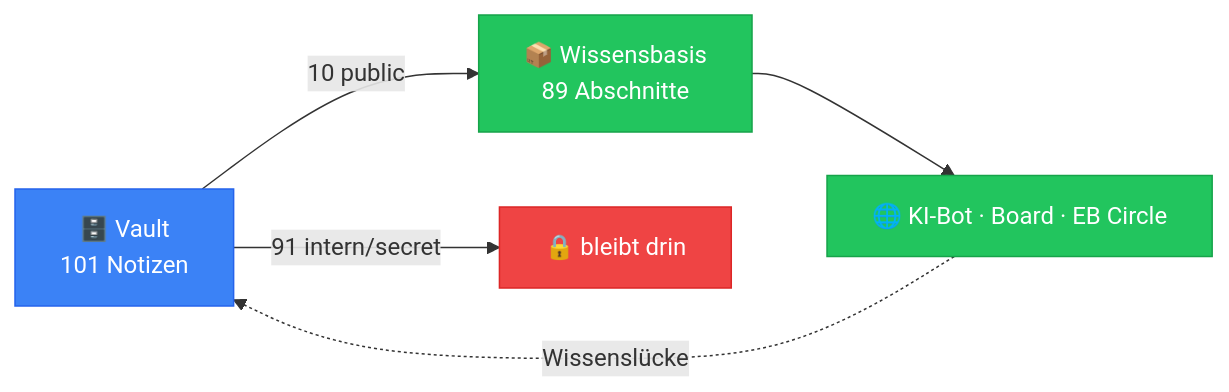
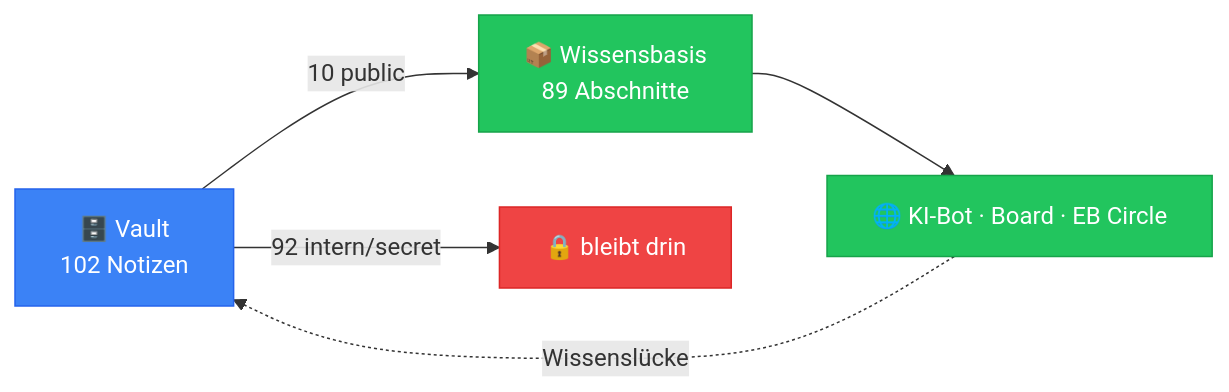
One commit to Sabindro53/eventboerse changed the diagram in vault/00-Kern/Impuls-Strom.md. Above: the diagram before and after it, drawn with Mermaid. The commit also changed other lines of this file and 14 other files, not shown here.

````diff
--- a/vault/00-Kern/Impuls-Strom.md
+++ b/vault/00-Kern/Impuls-Strom.md
@@ -37,13 +37,13 @@
 ```mermaid
 graph LR
-  V["🗄️ Vault<br/>101 Notizen"] -->|"10 public"| K["📦 Wissensbasis<br/>89 Abschnitte"]
-  V -->|"91 intern/secret"| X["🔒 bleibt drin"]
+  V["🗄️ Vault<br/>102 Notizen"] -->|"10 public"| K["📦 Wissensbasis<br/>89 Abschnitte"]
+  V -->|"92 intern/secret"| X["🔒 bleibt drin"]
   K --> W["🌐 KI-Bot · Board · EB Circle"]
   W -.->|"Wissenslücke"| V
   classDef ok fill:#22c55e,stroke:#16a34a,color:#fff
   classDef block fill:#ef4444,stroke:#dc2626,color:#fff
   classDef sys fill:#3b82f6,stroke:#2563eb,color:#fff
   class K,W ok
   class X block
   class V sys
 ```
````
